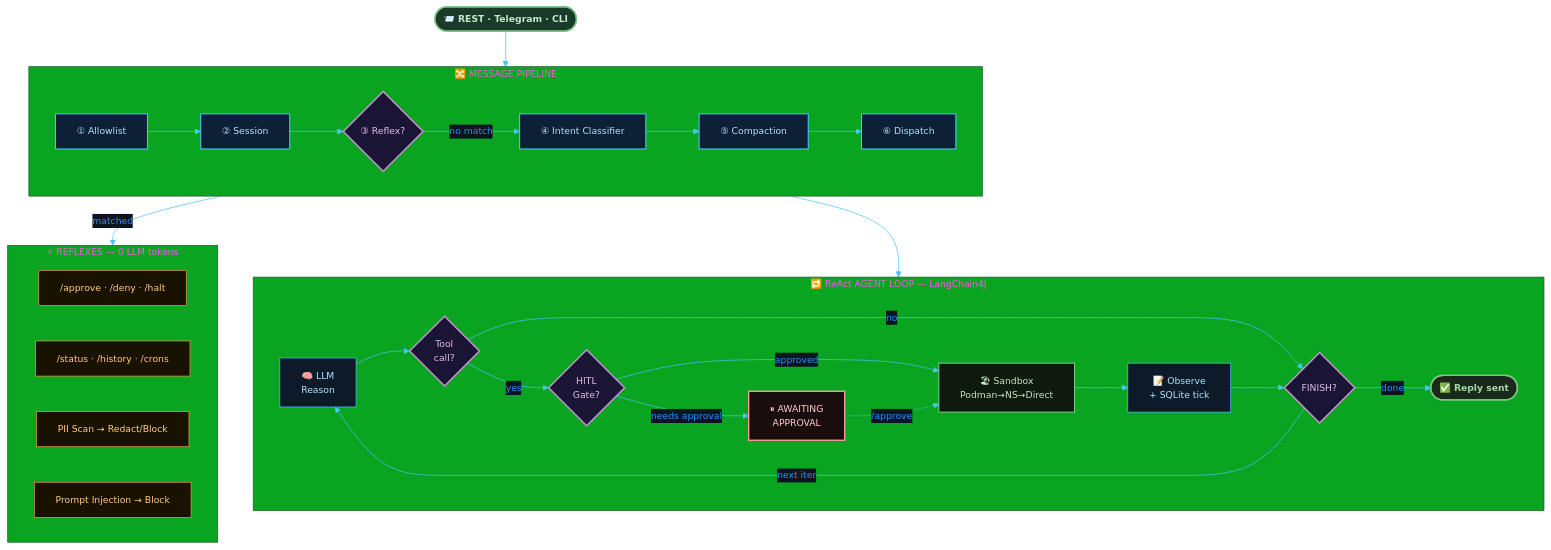
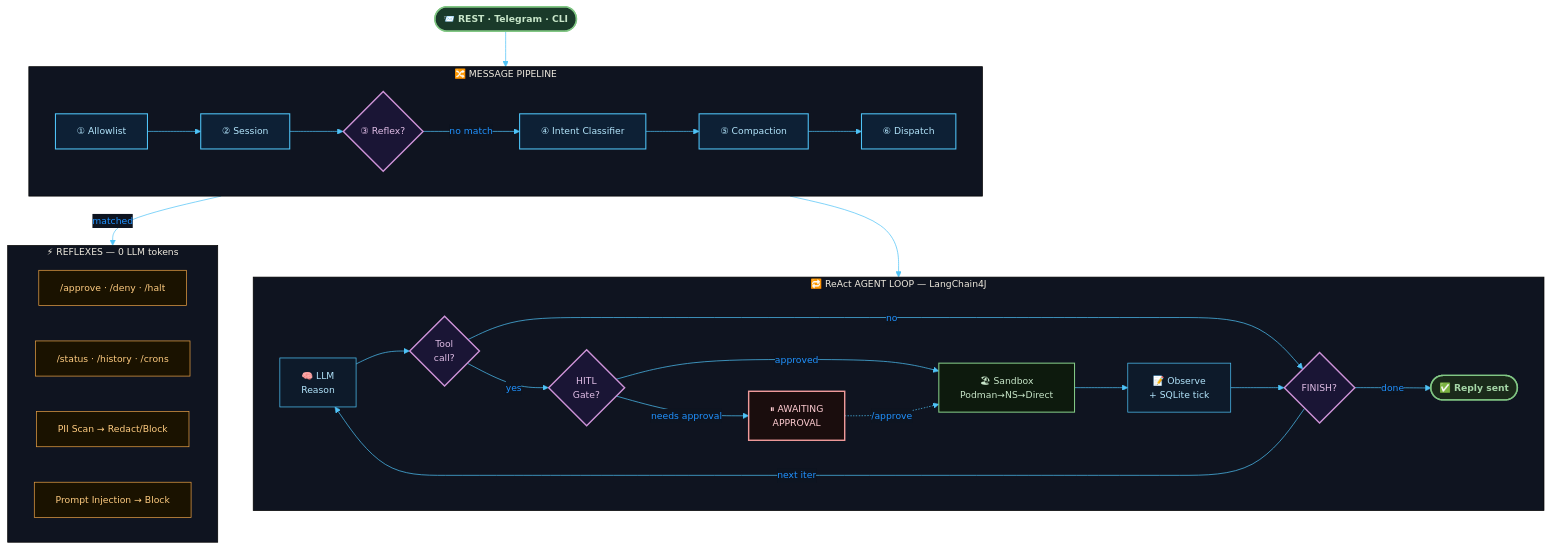
The first of 8 diagrams in README.md (rsrini7/AmshaAgent), drawn with Mermaid before and after one commit. The commit also changed other lines of this file, not shown here.

Commit message:
docs: update tertiaryColor in mermaid diagram themes

````diff
--- a/README.md
+++ b/README.md
@@ -68,60 +68,60 @@
 ```mermaid
-%%{init: {'theme': 'base', 'themeVariables': {'background': '#09a420', 'mainBkg': '#09a420', 'primaryColor': '#1e3a5f', 'primaryTextColor': '#2092ff', 'primaryBorderColor': '#4fc3f7', 'lineColor': '#4fc3f7', 'secondaryColor': '#122030', 'tertiaryColor': '#09a420', 'activationBorderColor': '#4fc3f7', 'activationBkgColor': '#1e3a5f', 'actorBkg': '#1e3a5f', 'actorBorder': '#4fc3f7', 'actorTextColor': '#e0ecff', 'actorLineColor': '#4fc3f7', 'signalColor': '#e8a045', 'signalTextColor': '#e8a045', 'labelBoxBkgColor': '#09a420', 'labelBoxBorderColor': '#0b0c0cff', 'labelTextColor': '#e0ecff', 'loopTextColor': '#e0ecff', 'noteBkgColor': '#1a2a0d', 'noteBorderColor': '#81c784', 'noteTextColor': '#c8e6c9', 'edgeLabelBackground': '#0d1420', 'fontSize': '13px'}}}%%
+%%{init: {'theme': 'base', 'themeVariables': {'background': '#09a420', 'mainBkg': '#09a420', 'primaryColor': '#1e3a5f', 'primaryTextColor': '#2092ff', 'primaryBorderColor': '#4fc3f7', 'lineColor': '#4fc3f7', 'secondaryColor': '#122030', 'tertiaryColor': '#0f1420', 'activationBorderColor': '#4fc3f7', 'activationBkgColor': '#1e3a5f', 'actorBkg': '#1e3a5f', 'actorBorder': '#4fc3f7', 'actorTextColor': '#e0ecff', 'actorLineColor': '#4fc3f7', 'signalColor': '#e8a045', 'signalTextColor': '#e8a045', 'labelBoxBkgColor': '#09a420', 'labelBoxBorderColor': '#0b0c0cff', 'labelTextColor': '#e0ecff', 'loopTextColor': '#e0ecff', 'noteBkgColor': '#1a2a0d', 'noteBorderColor': '#81c784', 'noteTextColor': '#c8e6c9', 'edgeLabelBackground': '#0d1420', 'fontSize': '13px'}}}%%
 flowchart TD
     classDef entry fill:#1a3a2a,stroke:#81c784,stroke-width:2px,color:#c8e6c9,font-weight:bold
     classDef handler fill:#0d2035,stroke:#4fc3f7,stroke-width:1.5px,color:#b3e5fc
     classDef reflexOut fill:#1a1200,stroke:#e8a045,stroke-width:1px,color:#ffcc80
     classDef decision fill:#1a1535,stroke:#ce93d8,stroke-width:2px,color:#e1bee7
     classDef loop fill:#0d1a2a,stroke:#4fc3f7,stroke-width:1px,color:#b3e5fc
     classDef approval fill:#1a0d0d,stroke:#ef9a9a,stroke-width:2px,color:#ffcdd2
     classDef sandbox fill:#0d1a0d,stroke:#81c784,stroke-width:1.5px,color:#c8e6c9
     classDef result fill:#1a2a1a,stroke:#81c784,stroke-width:2px,color:#a5d6a7,font-weight:bold
 
     IN(["📨 REST · Telegram · CLI"]):::entry
 
     subgraph PIPELINE["🔀 MESSAGE PIPELINE"]
         direction LR
         P1["① Allowlist"]:::handler
         P2["② Session"]:::handler
         P3{"③ Reflex?"}:::decision
         P4["④ Intent Classifier"]:::handler
         P5["⑤ Compaction"]:::handler
         P6["⑥ Dispatch"]:::handler
     end
 
     subgraph REFLEXES["⚡ REFLEXES — 0 LLM tokens"]
         direction LR
         R1["/approve · /deny · /halt"]:::reflexOut
         R2["/status · /history · /crons"]:::reflexOut
         R3["PII Scan → Redact/Block"]:::reflexOut
         R4["Prompt Injection → Block"]:::reflexOut
     end
 
     subgraph REACT["🔁 ReAct AGENT LOOP — LangChain4J"]
         direction LR
         L1["🧠 LLM<br/>Reason"]:::loop
         L2{"Tool<br/>call?"}:::decision
         L3{"HITL<br/>Gate?"}:::decision
         L4["⏸ AWAITING<br/>APPROVAL"]:::approval
         L5["🏖 Sandbox<br/>Podman→NS→Direct"]:::sandbox
         L6["📝 Observe<br/>+ SQLite tick"]:::loop
         L7{"FINISH?"}:::decision
         L8(["✅ Reply sent"]):::result
     end
 
     IN --> PIPELINE
     P1 --> P2 --> P3
     P3 -->|"matched"| REFLEXES
     P3 -->|"no match"| P4 --> P5 --> P6
 
     P6 --> REACT
     L1 --> L2
     L2 -->|"no"| L7
     L2 -->|"yes"| L3
     L3 -->|"approved"| L5
     L3 -->|"needs approval"| L4
     L4 -.->|"/approve"| L5
     L5 --> L6 --> L7
     L7 -->|"next iter"| L1
     L7 -->|"done"| L8
 ```
````
